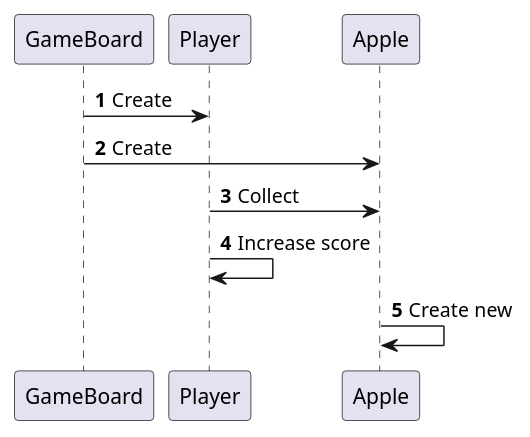
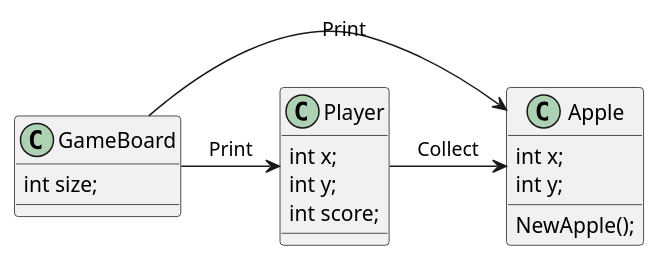
One commit to KacperMajkowski/TP_L1 changed the diagram in src/main/java/UML.puml. Above: the diagram before and after it, drawn with PlantUML. The commit also changed 7 other files, not shown here.

```diff
--- a/src/main/java/UML.puml
+++ b/src/main/java/UML.puml
@@ -1,13 +1,27 @@
 @startuml
-'https://plantuml.com/sequence-diagram
 
-autonumber
+class GameBoard
+{
+    int size;
+}
 
-GameBoard -> Player: Create
-GameBoard -> Apple: Create
+class Player
+{
+    int x;
+    int y;
+    int score;
+}
+
+class Apple
+{
+    int x;
+    int y;
+
+    NewApple();
+}
+
+GameBoard -> Player: Print
+GameBoard -> Apple: Print
 Player -> Apple: Collect
-Player -> Player: Increase score
-Apple -> Apple: Create new
-
 
 @enduml
```
